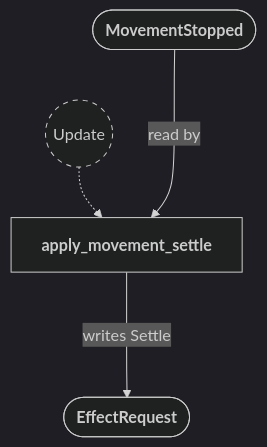
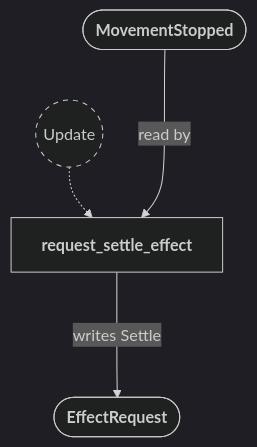
Before and after one commit to neurosoup/tyled: the fifth of 22 diagrams in backlog/docs/doc-10 - 008-Effects-plugin.md, drawn with Mermaid. The commit also changed other lines of this file and 3 other files, not shown here.

First line of the commit message:
Docs: rewrite doc-11 damage plugin, diagrams in doc-10; rename effect request systems

````diff
--- a/backlog/docs/doc-10 - 008-Effects-plugin.md
+++ b/backlog/docs/doc-10 - 008-Effects-plugin.md
@@ -280,21 +369,21 @@
 ```mermaid
 ---
 config:
   theme: dark
 ---
 
 flowchart TD
 classDef system-group stroke-dasharray: 5 5
 classDef query stroke-dasharray: 3 3
 
 update(("`Update`")):::system-group
-apply_movement_settle["`**apply_movement_settle**`"]
+request_settle_effect["`**request_settle_effect**`"]
 
-update -.-> apply_movement_settle
+update -.-> request_settle_effect
 
 movement_stopped_message(["`**MovementStopped**`"])
-movement_stopped_message ---> |read by| apply_movement_settle
+movement_stopped_message ---> |read by| request_settle_effect
 
 effect_request(["`**EffectRequest**`"])
-apply_movement_settle ---> |writes Settle| effect_request
+request_settle_effect ---> |writes Settle| effect_request
 ```
````
